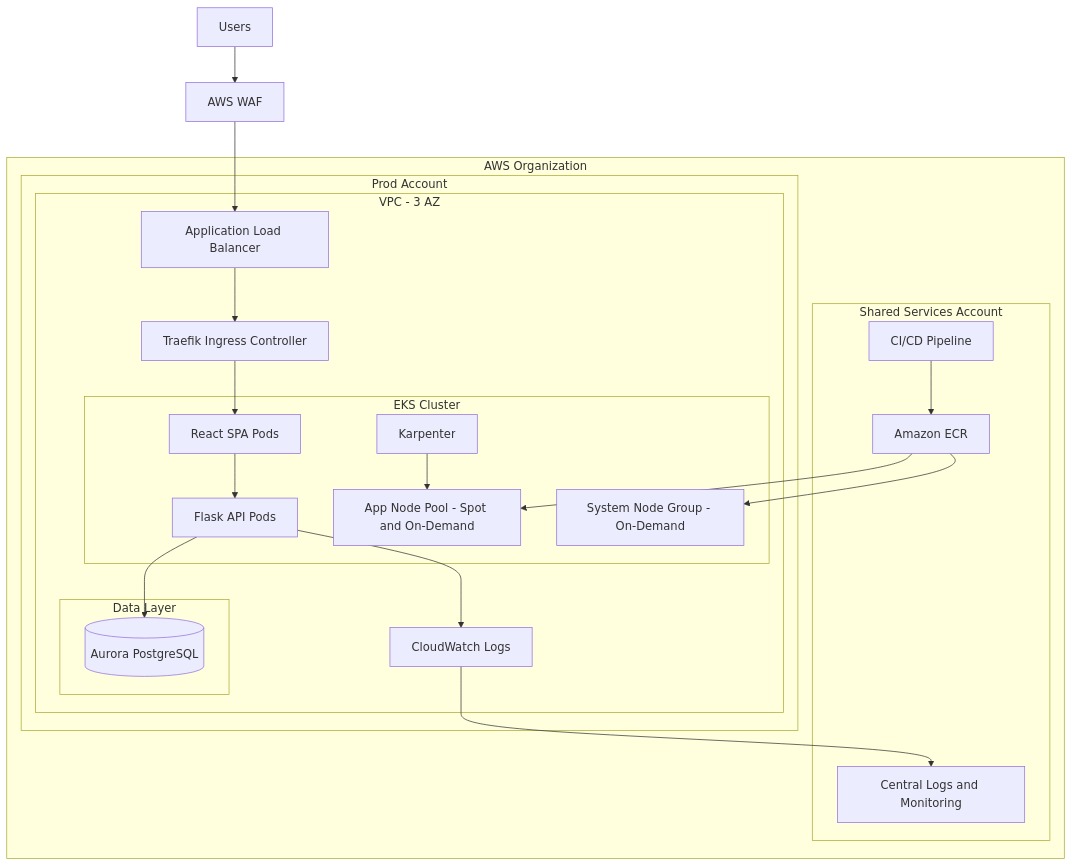
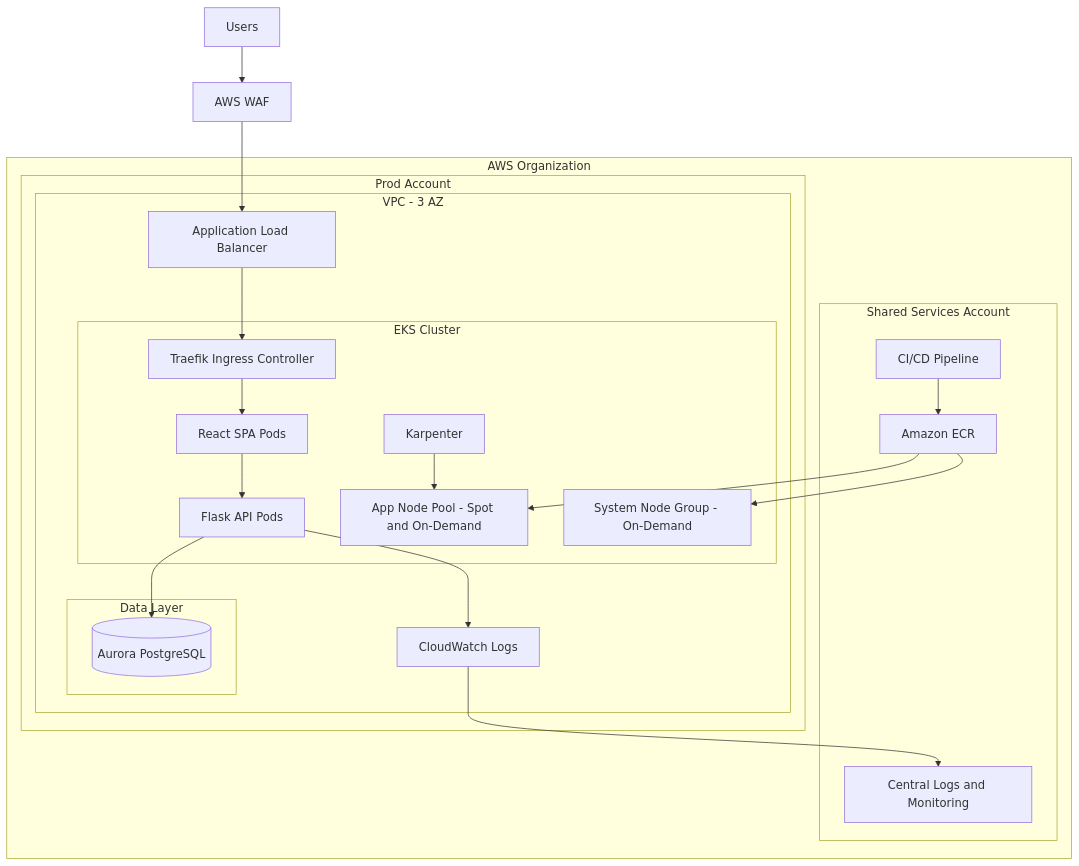
The diagram in architecture/README.md (gezim-tech/opsfleet), drawn with Mermaid before and after one commit. The commit also changed 1 other file, not shown here.

Commit message:
fix: put traefik inside of EKS

````diff
--- a/architecture/README.md
+++ b/architecture/README.md
@@ -199,42 +199,42 @@
 ```mermaid
 flowchart TB
   U[Users] --> WAF[AWS WAF]
   WAF --> ALB[Application Load Balancer]
 
   subgraph ORG[AWS Organization]
     subgraph SHARED[Shared Services Account]
       CI[CI/CD Pipeline] --> ECR[Amazon ECR]
       LOGS[Central Logs and Monitoring]
     end
 
     subgraph PROD[Prod Account]
       subgraph VPC[VPC - 3 AZ]
-        ALB --> ING[Traefik Ingress Controller]
-
         subgraph EKS[EKS Cluster]
+          ING[Traefik Ingress Controller]
           FE[React SPA Pods]
           API[Flask API Pods]
           KARP[Karpenter]
           APPN[App Node Pool - Spot and On-Demand]
           SYS[System Node Group - On-Demand]
         end
 
         subgraph DATA[Data Layer]
           DB[(Aurora PostgreSQL)]
         end
 
         CWL[CloudWatch Logs]
 
+        ALB --> ING
         ING --> FE
         FE --> API
         API --> DB
         API --> CWL
         KARP --> APPN
       end
     end
 
     ECR --> APPN
     ECR --> SYS
     CWL --> LOGS
   end
 ```
````
